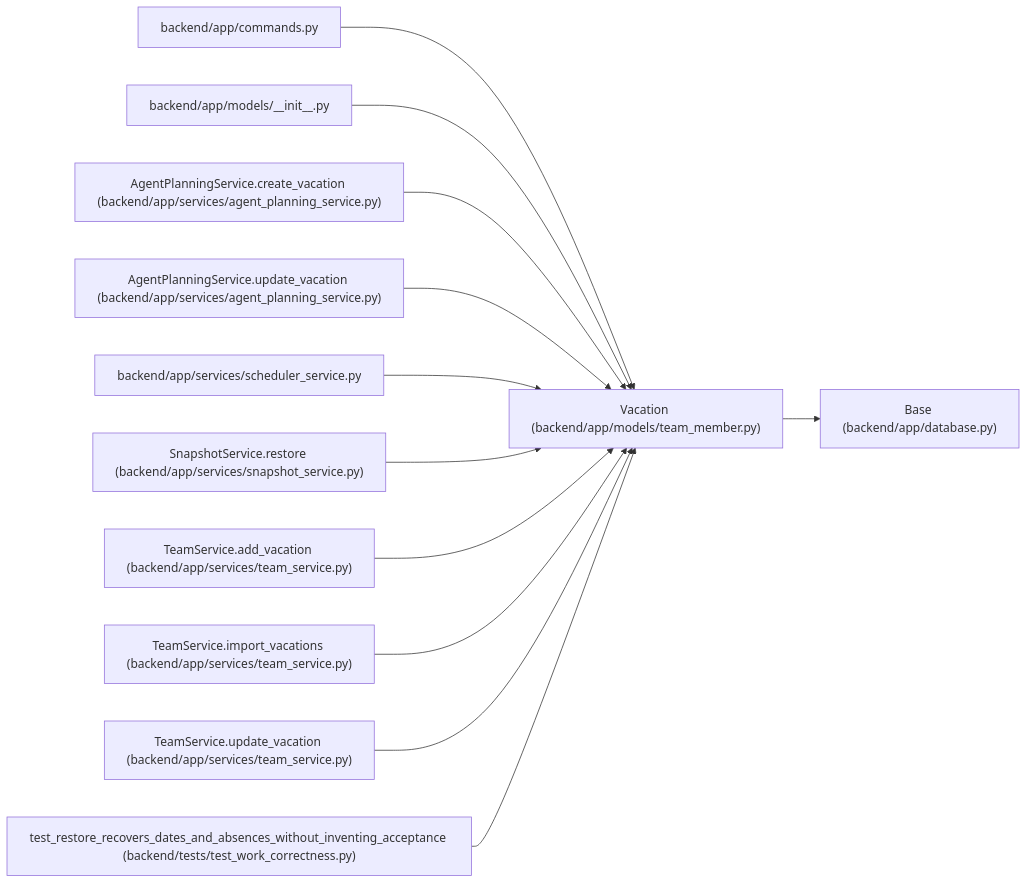
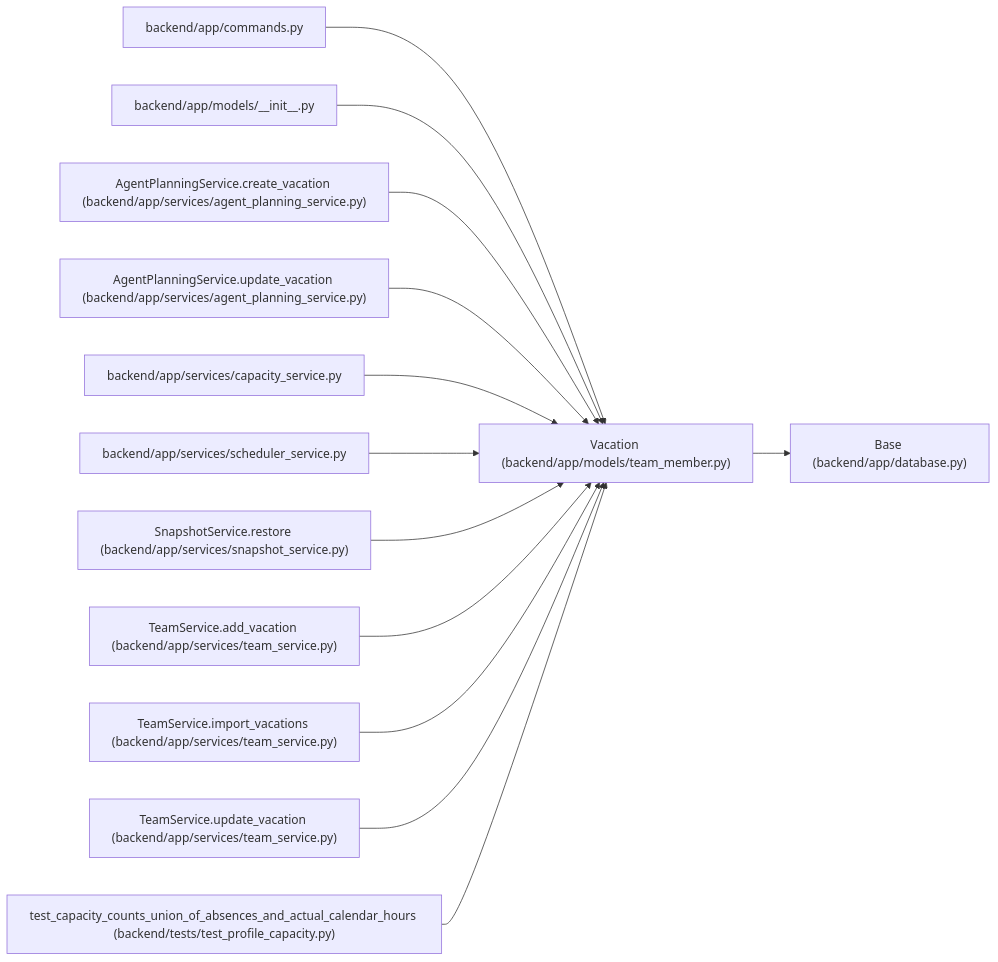
The diagram in docs/llm_wiki/entities/team_member_Vacation.md (Denissvgn/WorkChord), drawn with Mermaid before and after one commit. The commit also changed other lines of this file and 1888 other files, not shown here.

````diff
--- a/docs/llm_wiki/entities/team_member_Vacation.md
+++ b/docs/llm_wiki/entities/team_member_Vacation.md
@@ -29,38 +30,41 @@
 ```mermaid
 flowchart LR
     n0["Vacation (backend/app/models/team_member.py)"]
     n1["Base (backend/app/database.py)"]
     n2["backend/app/commands.py"]
     n3["backend/app/models/__init__.py"]
     n4["AgentPlanningService.create_vacation (backend/app/services/agent_planning_service.py)"]
     n5["AgentPlanningService.update_vacation (backend/app/services/agent_planning_service.py)"]
-    n6["backend/app/services/scheduler_service.py"]
-    n7["SnapshotService.restore (backend/app/services/snapshot_service.py)"]
-    n8["TeamService.add_vacation (backend/app/services/team_service.py)"]
-    n9["TeamService.import_vacations (backend/app/services/team_service.py)"]
-    n10["TeamService.update_vacation (backend/app/services/team_service.py)"]
-    n11["test_restore_recovers_dates_and_absences_without_inventing_acceptance (backend/tests/test_work_correctness.py)"]
+    n6["backend/app/services/capacity_service.py"]
+    n7["backend/app/services/scheduler_service.py"]
+    n8["SnapshotService.restore (backend/app/services/snapshot_service.py)"]
+    n9["TeamService.add_vacation (backend/app/services/team_service.py)"]
+    n10["TeamService.import_vacations (backend/app/services/team_service.py)"]
+    n11["TeamService.update_vacation (backend/app/services/team_service.py)"]
+    n12["test_capacity_counts_union_of_absences_and_actual_calendar_hours (backend/tests/test_profile_capacity.py)"]
     n0 --> n1
     n2 --> n0
     n3 --> n0
     n4 --> n0
     n5 --> n0
     n6 --> n0
     n7 --> n0
     n8 --> n0
     n9 --> n0
     n10 --> n0
     n11 --> n0
+    n12 --> n0
     click n0 "../modules/team_member.md"
     click n1 "../modules/app_database.md"
     click n2 "../modules/commands.md"
     click n3 "../modules/models___init__.md"
     click n4 "../modules/agent_planning_service.md"
     click n5 "../modules/agent_planning_service.md"
-    click n6 "../modules/scheduler_service.md"
-    click n7 "../modules/snapshot_service.md"
-    click n8 "../modules/team_service.md"
+    click n6 "../modules/capacity_service.md"
+    click n7 "../modules/scheduler_service.md"
+    click n8 "../modules/snapshot_service.md"
     click n9 "../modules/team_service.md"
     click n10 "../modules/team_service.md"
-    click n11 "../modules/test_work_correctness.md"
+    click n11 "../modules/team_service.md"
+    click n12 "../modules/test_profile_capacity.md"
 ```
````
